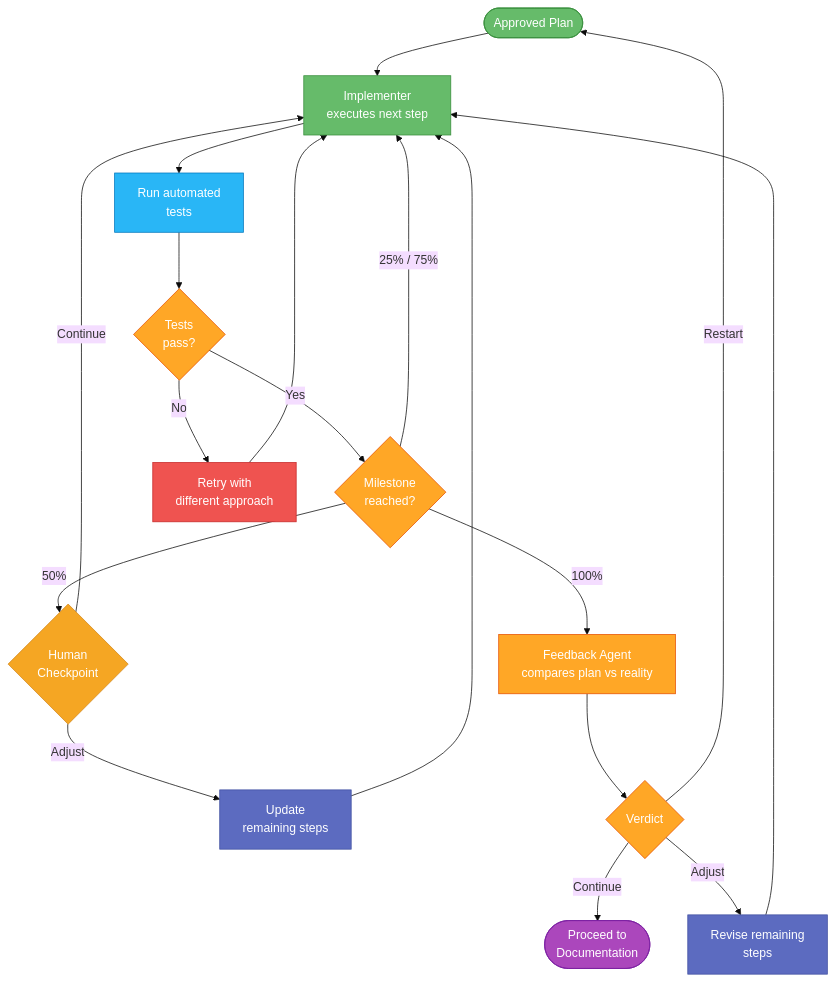
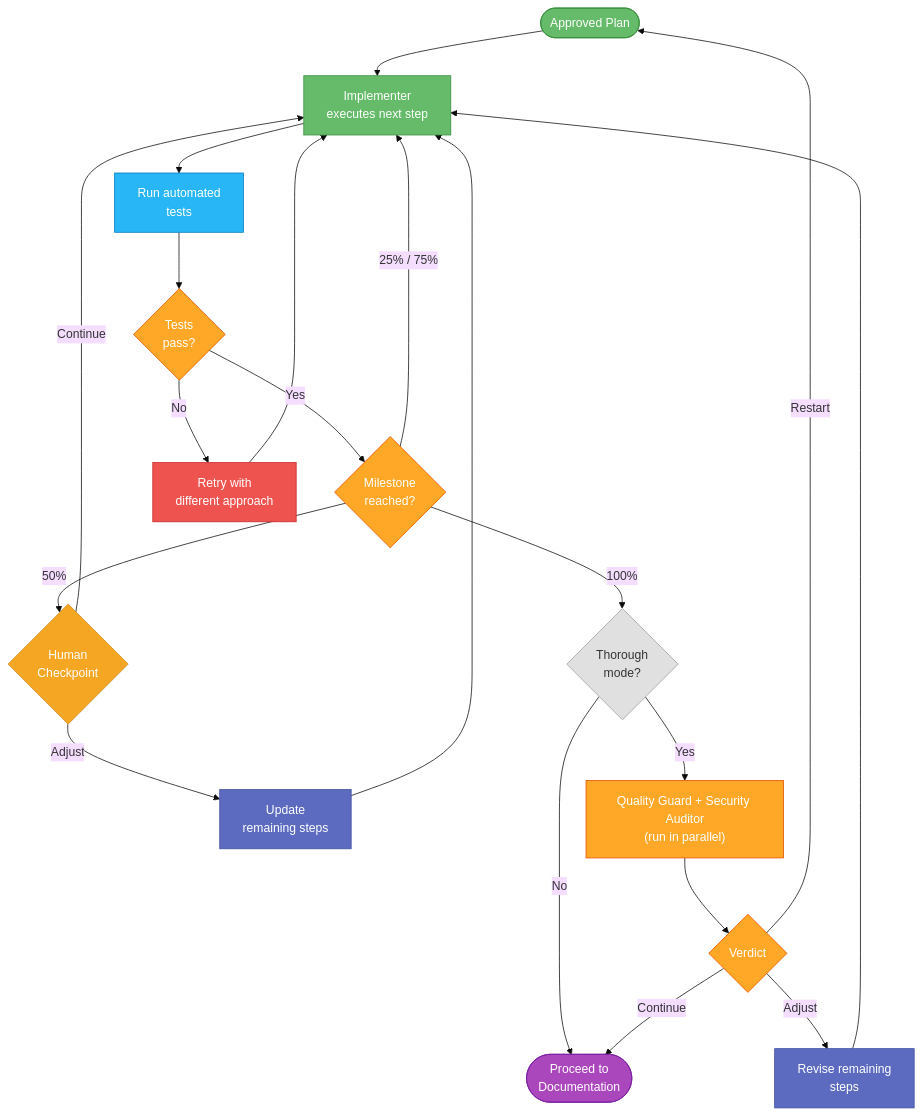
Before and after one commit to ciprianvradu/agentic-workflow: the fifth of 11 diagrams in docs/overview.md, drawn with Mermaid (base theme). The commit also changed other lines of this file and 72 other files, not shown here.

First line of the commit message:
Refactor workflow phases: replace 'architect' and 'developer' with 'planner' in tests and scripts

````diff
--- a/docs/overview.md
+++ b/docs/overview.md
@@ -195,39 +190,43 @@
 ```mermaid
 flowchart TD
     START([Approved Plan]) --> STEP
 
     STEP["Implementer\nexecutes next step"] --> TEST
     TEST["Run automated\ntests"] --> CHECK{Tests\npass?}
 
     CHECK -->|Yes| PROGRESS{Milestone\nreached?}
     CHECK -->|No| RETRY["Retry with\ndifferent approach"]
     RETRY --> STEP
 
     PROGRESS -->|"25% / 75%"| STEP
     PROGRESS -->|"50%"| HC_MID{Human\nCheckpoint}
-    PROGRESS -->|"100%"| FDBK
+    PROGRESS -->|"100%"| THOROUGH2{Thorough\nmode?}
 
     HC_MID -->|Continue| STEP
     HC_MID -->|Adjust| ADJ["Update\nremaining steps"]
     ADJ --> STEP
 
-    FDBK["Feedback Agent\ncompares plan vs reality"] --> VERDICT{Verdict}
+    THOROUGH2 -->|Yes| PARALLEL
+    THOROUGH2 -->|No| DOC
+
+    PARALLEL["Quality Guard + Security Auditor\n(run in parallel)"] --> VERDICT{Verdict}
 
     VERDICT -->|Continue| DOC([Proceed to\nDocumentation])
     VERDICT -->|Adjust| ADJ2["Revise remaining\nsteps"]
     ADJ2 --> STEP
     VERDICT -->|Restart| START
 
     style START fill:#66BB6A,stroke:#388E3C,color:#fff
     style STEP fill:#66BB6A,stroke:#388E3C,color:#fff
     style TEST fill:#29B6F6,stroke:#0277BD,color:#fff
     style CHECK fill:#FFA726,stroke:#E65100,color:#fff
     style PROGRESS fill:#FFA726,stroke:#E65100,color:#fff
     style RETRY fill:#EF5350,stroke:#C62828,color:#fff
     style HC_MID fill:#F5A623,stroke:#D4891E,color:#fff
-    style FDBK fill:#FFA726,stroke:#E65100,color:#fff
+    style THOROUGH2 fill:#E0E0E0,stroke:#9E9E9E,color:#333
+    style PARALLEL fill:#FFA726,stroke:#E65100,color:#fff
     style VERDICT fill:#FFA726,stroke:#E65100,color:#fff
     style DOC fill:#AB47BC,stroke:#7B1FA2,color:#fff
     style ADJ fill:#5C6BC0,stroke:#3F4FA0,color:#fff
     style ADJ2 fill:#5C6BC0,stroke:#3F4FA0,color:#fff
 ```
````
